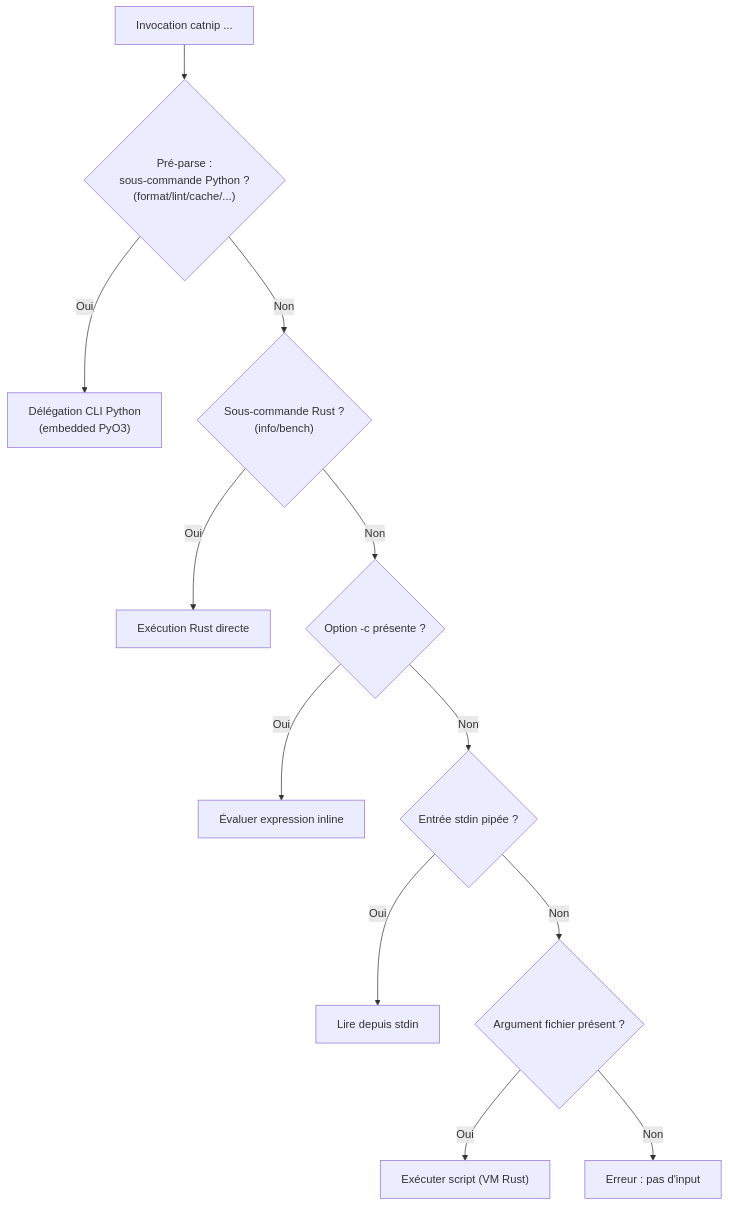
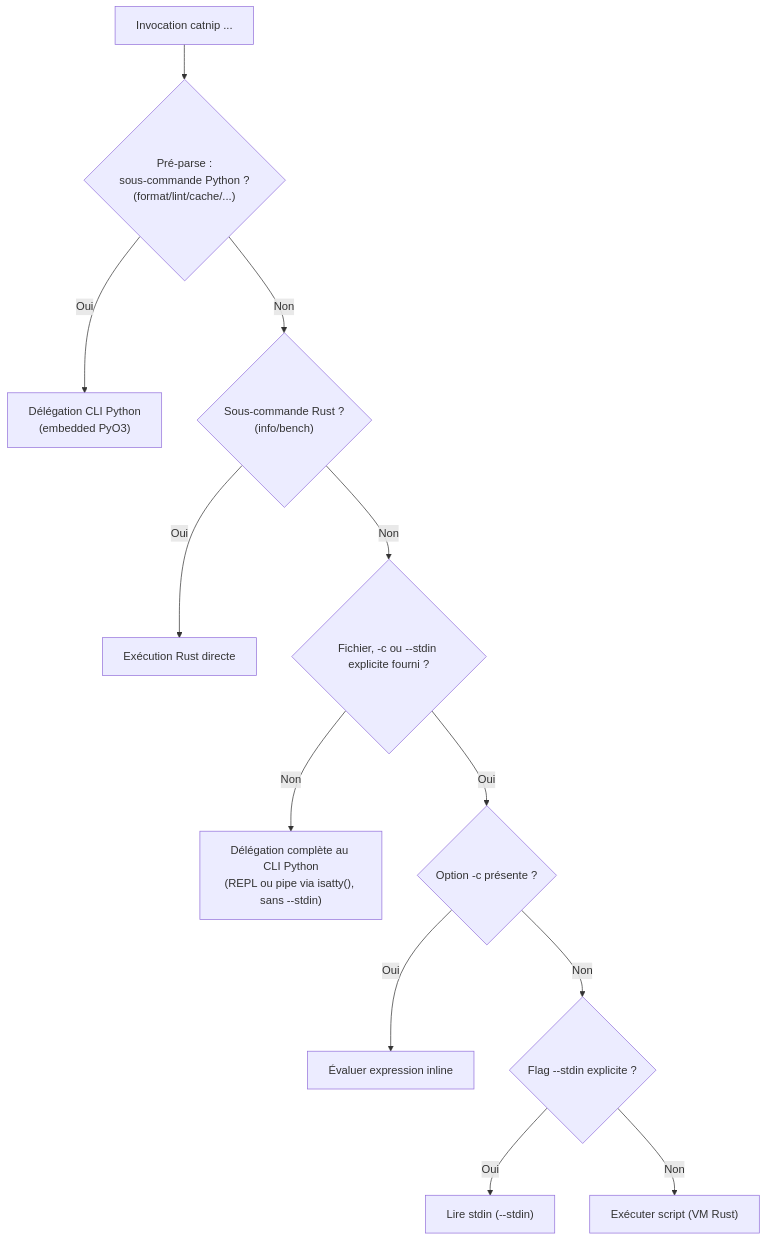
The diagram in docs/user/CLI.md (aristofor/catnip), drawn with Mermaid before and after one commit. The commit also changed other lines of this file and 406 other files, not shown here.

````diff
--- a/docs/user/CLI.md
+++ b/docs/user/CLI.md
@@ -1254,14 +1265,14 @@
 ```mermaid
 flowchart TD
     A["Invocation catnip ..."] --> B{"Pré-parse :<br/>sous-commande Python ?<br/>(format/lint/cache/...)"}
     B -->|Oui| C["Délégation CLI Python<br/>(embedded PyO3)"]
     B -->|Non| D{"Sous-commande Rust ?<br/>(info/bench)"}
     D -->|Oui| E["Exécution Rust directe"]
-    D -->|Non| F{"Option -c présente ?"}
+    D -->|Non| M{"Fichier, -c ou --stdin explicite fourni ?"}
+    M -->|Non| C2["Délégation complète au CLI Python<br/>(REPL ou pipe via isatty(), sans --stdin)"]
+    M -->|Oui| F{"Option -c présente ?"}
     F -->|Oui| G["Évaluer expression inline"]
-    F -->|Non| H{"Entrée stdin pipée ?"}
-    H -->|Oui| I["Lire depuis stdin"]
-    H -->|Non| J{"Argument fichier présent ?"}
-    J -->|Oui| K["Exécuter script (VM Rust)"]
-    J -->|Non| L["Erreur : pas d'input"]
+    F -->|Non| H{"Flag --stdin explicite ?"}
+    H -->|Oui| I["Lire stdin (--stdin)"]
+    H -->|Non| K["Exécuter script (VM Rust)"]
 ```
````
